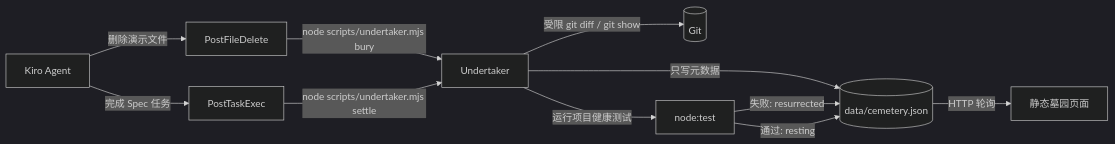
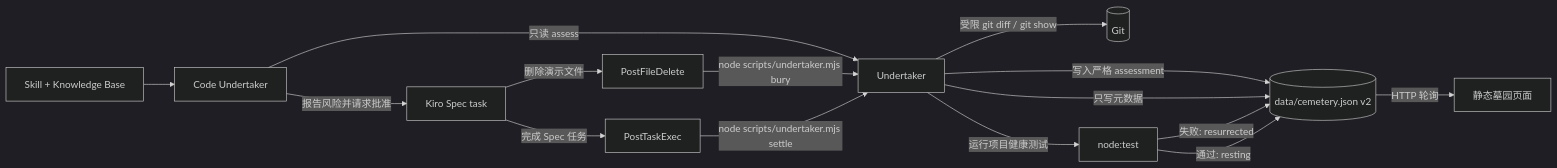
One commit to xiaosongxiaosong1111/code-funeral-hall changed the diagram in .kiro/specs/code-funeral-hall/design.md. Above: the diagram before and after it, drawn with Mermaid (dark theme). The commit also changed other lines of this file and 25 other files, not shown here.

Commit message:
feat: add Code Undertaker agent workflow

````diff
--- a/.kiro/specs/code-funeral-hall/design.md
+++ b/.kiro/specs/code-funeral-hall/design.md
@@ -17,13 +18,17 @@
 ```mermaid
 flowchart LR
-    K[Kiro Agent] -->|删除演示文件| FD[PostFileDelete]
+    A[Code Undertaker] -->|只读 assess| U[Undertaker]
+    KB[Skill + Knowledge Base] --> A
+    U -->|写入严格 assessment| J[(data/cemetery.json v2)]
+    A -->|报告风险并请求批准| K[Kiro Spec task]
+    K -->|删除演示文件| FD[PostFileDelete]
     FD -->|node scripts/undertaker.mjs bury| U[Undertaker]
     U -->|受限 git diff / git show| G[(Git)]
-    U -->|只写元数据| J[(data/cemetery.json)]
+    U -->|只写元数据| J
     K -->|完成 Spec 任务| PT[PostTaskExec]
     PT -->|node scripts/undertaker.mjs settle| U
     U -->|运行项目健康测试| T[node:test]
     T -->|失败: resurrected| J
     T -->|通过: resting| J
     J -->|HTTP 轮询| UI[静态墓园页面]
 ```
````
